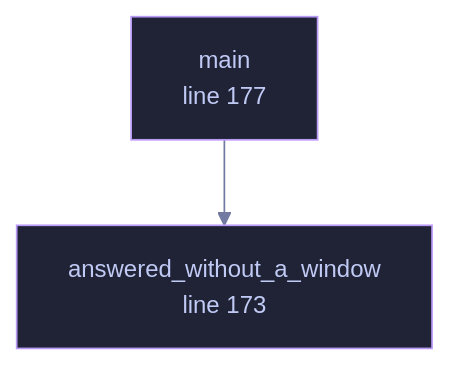
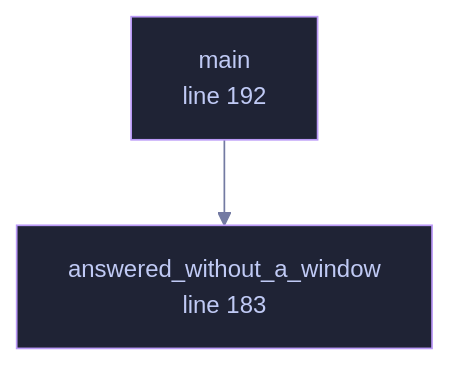
The diagram in docs/files/veilvoice-gui/main.md (tilas01/veilvoice), drawn with Mermaid before and after one commit. The commit also changed other lines of this file and 96 other files, not shown here.

````diff
--- a/docs/files/veilvoice-gui/main.md
+++ b/docs/files/veilvoice-gui/main.md
@@ -89,13 +89,13 @@
 ```mermaid
 %%{init: {"theme":"base","themeVariables":{"background":"#1a1b26","primaryColor":"#1f2335","primaryTextColor":"#c0caf5","primaryBorderColor":"#7aa2f7","secondaryColor":"#16161e","tertiaryColor":"#16161e","lineColor":"#737aa2","textColor":"#c0caf5","mainBkg":"#1f2335","nodeBorder":"#7aa2f7","clusterBkg":"#16161e","clusterBorder":"#2f3549","fontFamily":"ui-monospace, SFMono-Regular, Consolas, monospace","fontSize":"14px"}}}%%
 flowchart TD
-    n_answered_without_a_window["answered_without_a_window<br/>line 123"]
-    n_answered_without_a_window["answered_without_a_window<br/>line 173"]
-    n_main["main<br/>line 177"]
+    n_answered_without_a_window["answered_without_a_window<br/>line 131"]
+    n_answered_without_a_window["answered_without_a_window<br/>line 183"]
+    n_main["main<br/>line 192"]
     n_main --> n_answered_without_a_window
-    click n_answered_without_a_window href "https://github.com/tilas01/veilvoice/blob/main/crates/veilvoice-gui/src/main.rs#L123" "open the source"
-    click n_answered_without_a_window href "https://github.com/tilas01/veilvoice/blob/main/crates/veilvoice-gui/src/main.rs#L173" "open the source"
-    click n_main href "https://github.com/tilas01/veilvoice/blob/main/crates/veilvoice-gui/src/main.rs#L177" "open the source"
+    click n_answered_without_a_window href "https://github.com/tilas01/veilvoice/blob/main/crates/veilvoice-gui/src/main.rs#L131" "open the source"
+    click n_answered_without_a_window href "https://github.com/tilas01/veilvoice/blob/main/crates/veilvoice-gui/src/main.rs#L183" "open the source"
+    click n_main href "https://github.com/tilas01/veilvoice/blob/main/crates/veilvoice-gui/src/main.rs#L192" "open the source"
     classDef helper fill:#1f2335,stroke:#bb9af7,color:#c0caf5
     class n_answered_without_a_window,n_answered_without_a_window,n_main helper
 ```
````
